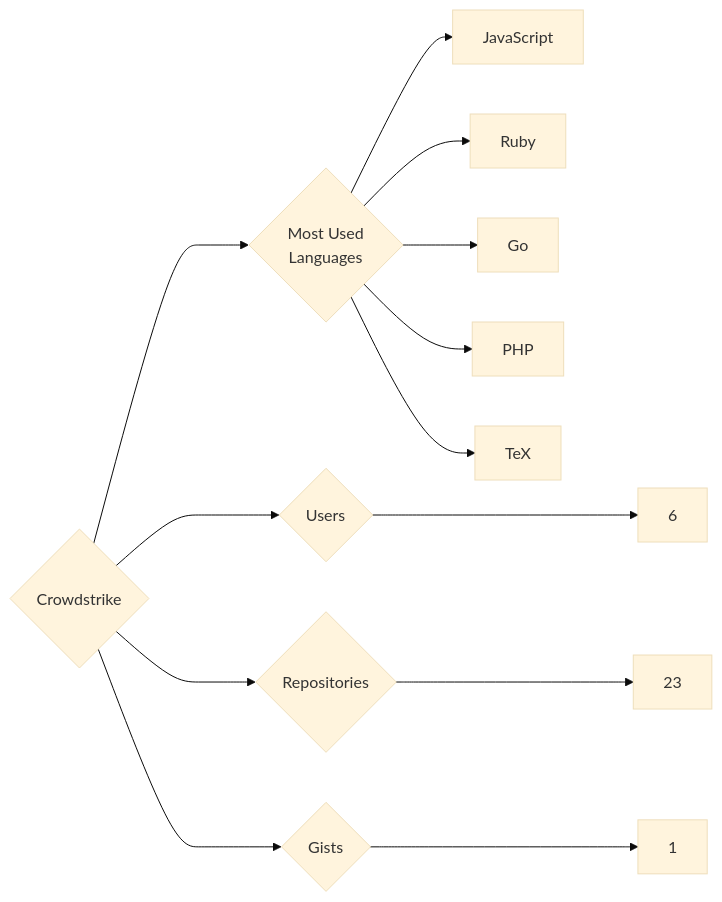
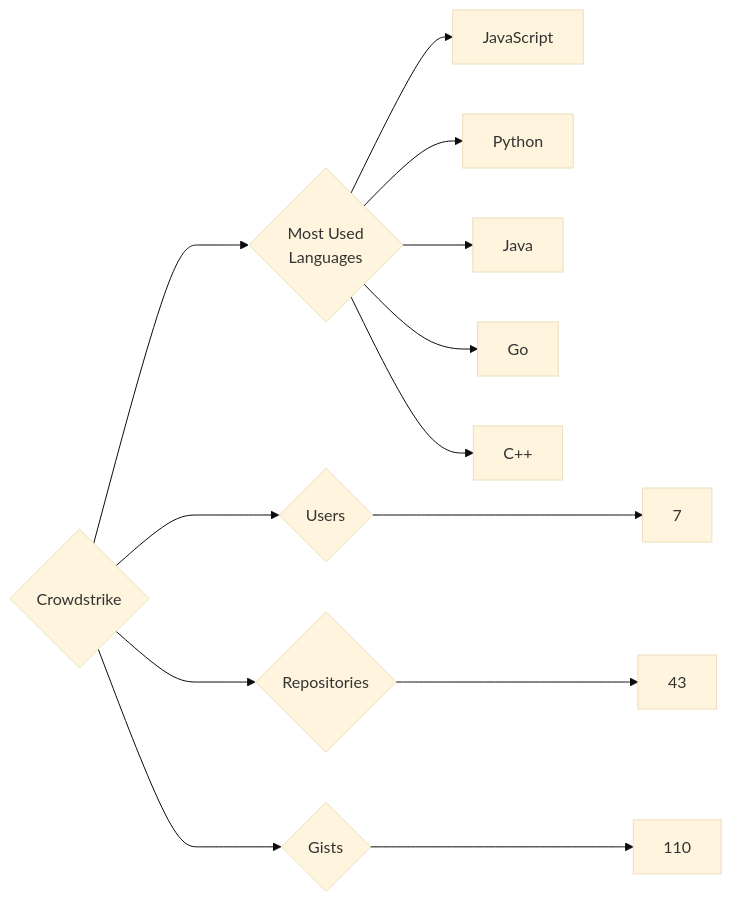
Before and after one commit to trickest/insiders: the diagram in targets/Crowdstrike/README.md, drawn with Mermaid (base theme). The commit also changed 1055 other files, not shown here.

````diff
--- a/targets/Crowdstrike/README.md
+++ b/targets/Crowdstrike/README.md
@@ -3,13 +3,13 @@
 ```mermaid
 graph LR
 COMPANY_NAME{Crowdstrike}
-COMPANY_NAME ---> U{Users} ---> UN[6]
-COMPANY_NAME ---> R{Repositories} ---> RN[23]
-COMPANY_NAME ---> G{Gists} ---> GN[1]
+COMPANY_NAME ---> U{Users} ---> UN[7]
+COMPANY_NAME ---> R{Repositories} ---> RN[43]
+COMPANY_NAME ---> G{Gists} ---> GN[110]
 COMPANY_NAME ---> ML{Most Used<br>Languages}
 ML --> JavaScript[JavaScript]
-ML --> Ruby[Ruby]
+ML --> Python[Python]
+ML --> Java[Java]
 ML --> Go[Go]
-ML --> PHP[PHP]
-ML --> TeX[TeX]
+ML --> C++[C++]
 ```
````
